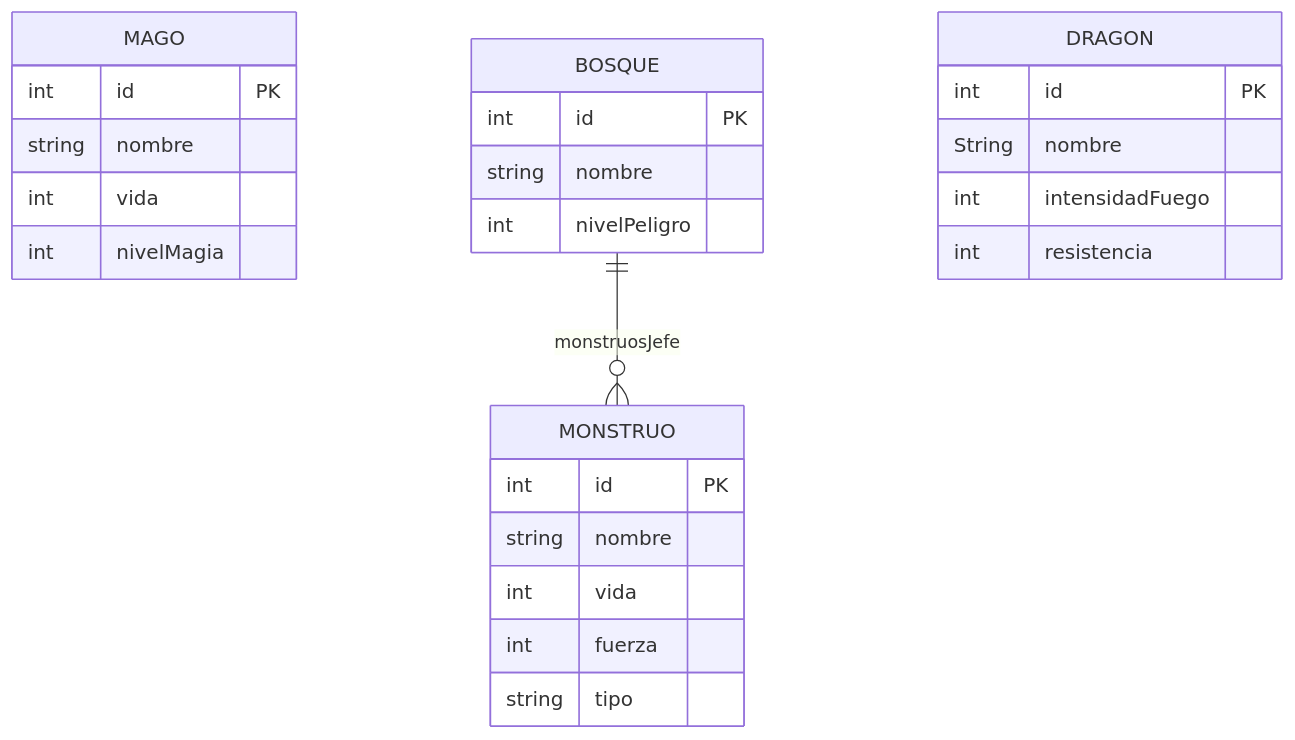
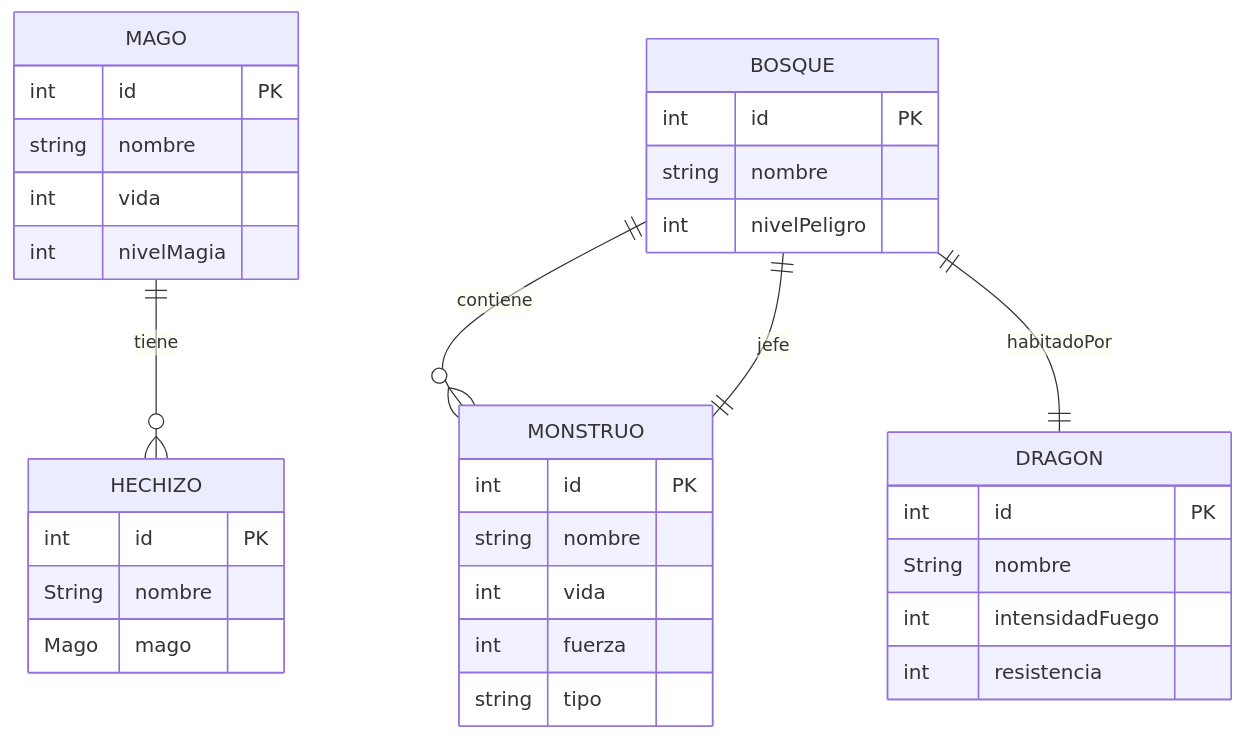
The second of 4 diagrams in readme.md (AnxoB/dragolandiav2), drawn with Mermaid before and after one commit. The commit also changed other lines of this file and 26 other files, not shown here.

````diff
--- a/readme.md
+++ b/readme.md
@@ -57,36 +61,43 @@
 ```mermaid
 erDiagram
 
     MAGO {
         int id PK
         string nombre
         int vida
         int nivelMagia
     }
 
     MONSTRUO {
         int id PK
         string nombre
         int vida
         int fuerza
         string tipo
     }
 
     BOSQUE {
         int id PK
         string nombre
         int nivelPeligro
     }
 
     DRAGON {
         int id PK
         String nombre 
         int intensidadFuego
         int resistencia
     }
 
-    %% Relaciones
-    BOSQUE ||--o{ MONSTRUO : "monstruosJefe"
-    
+    HECHIZO {
+        int id PK
+        String nombre
+        Mago mago
+    }
 
+
+    BOSQUE ||--o{ MONSTRUO : contiene   
+    BOSQUE ||--|| DRAGON : habitadoPor     
+    MAGO ||--o{ HECHIZO : tiene          
+    BOSQUE ||--|| MONSTRUO : jefe           
 ```
````
